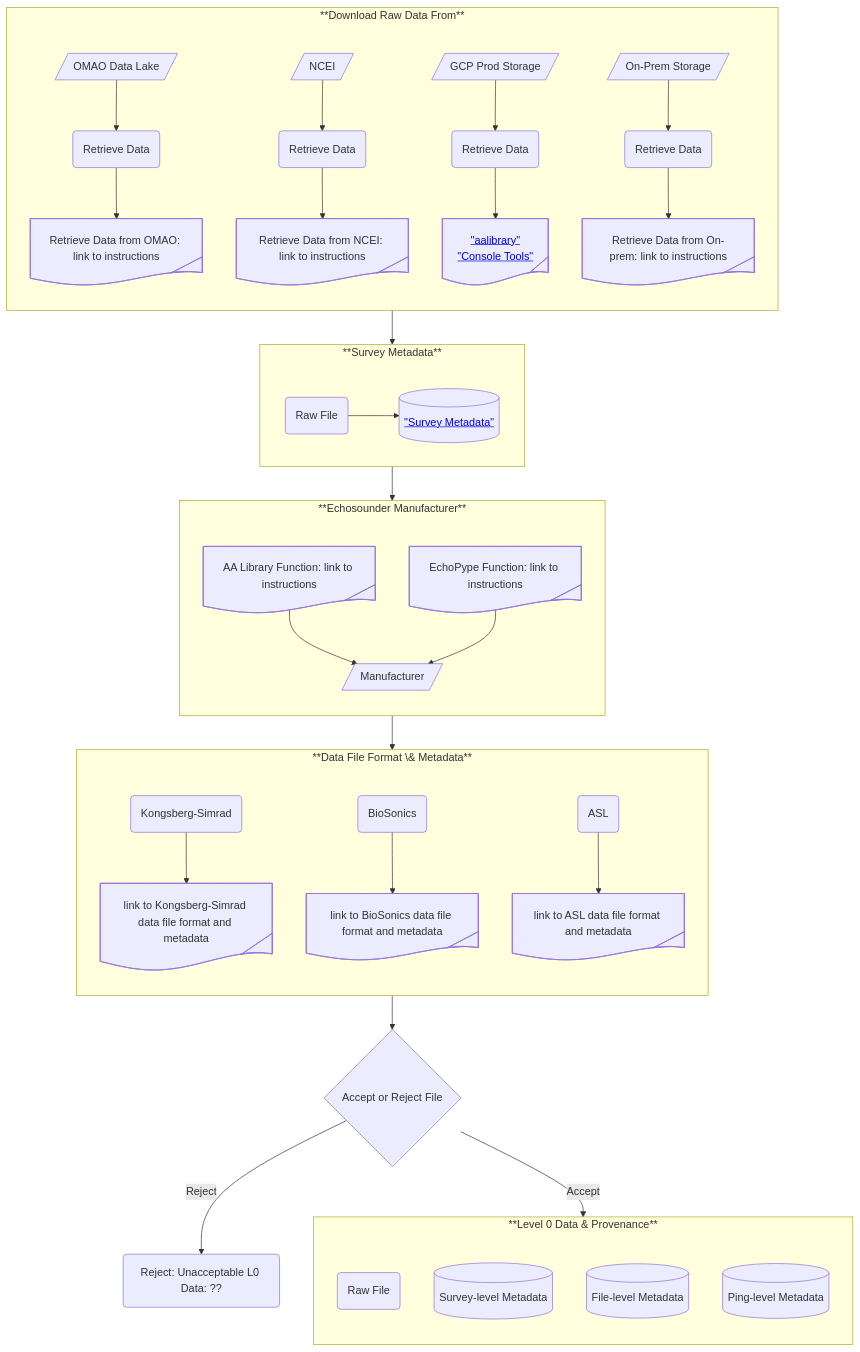
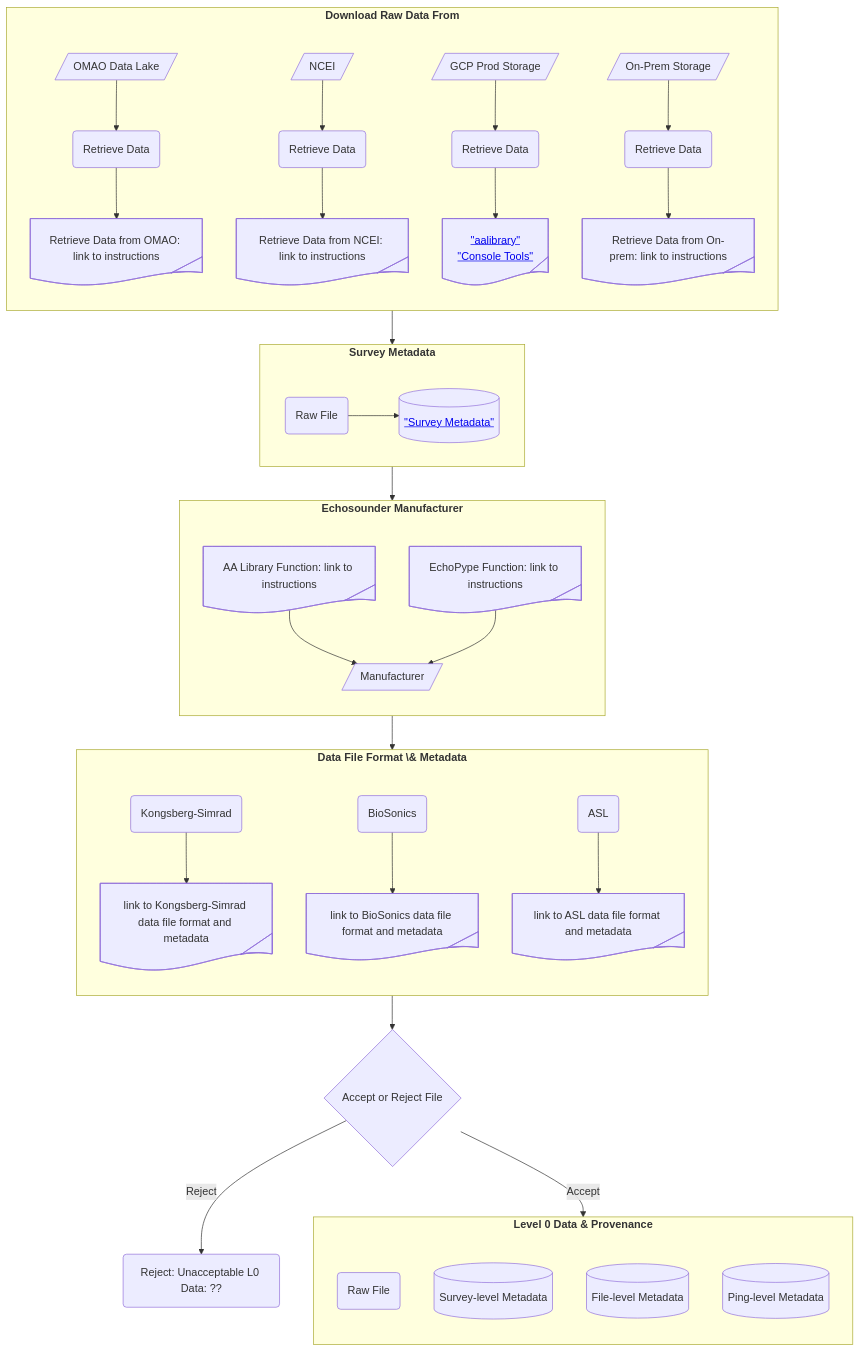
The second of 6 diagrams in README.md (nmfs-ost/AA-SI_DataRoadMap), drawn with Mermaid before and after one commit. The commit also changed other lines of this file, not shown here.

````diff
--- a/README.md
+++ b/README.md
@@ -99,45 +99,45 @@
 ```mermaid
 ---
 config:
     flowchart:
         subGraphTitleMargin:
             "bottom": 30
 ---
 flowchart TB
-    subgraph SG_L0_DataSource["**Download Raw Data From**"]
+    subgraph SG_L0_DataSource["<b>Download Raw Data From</b>"]
         direction TB
         node_L0_SrcOMAO@{shape: lean-r, label: "OMAO Data Lake"} --> node_L0_RTROMAO@{ shape: rounded, label: "Retrieve Data" } --> node_L0_OMAO@{ shape: tag-doc, label: "Retrieve Data from OMAO: link to instructions" }
         node_L0_SrcNCEI@{shape: lean-r, label: "NCEI"} --> node_L0_RTRNCEI@{ shape: rounded, label: "Retrieve Data" } --> node_L0_NCEI@{ shape: tag-doc, label: "Retrieve Data from NCEI: link to instructions" }
         node_L0_SrcGCP@{shape: lean-r, label: "GCP Prod Storage"} --> node_L0_RTRGCP@{ shape: rounded, label: "Retrieve Data" } --> node_L0_GCP@{ shape: tag-doc, label: <a href="https://nmfs-ost.github.io/AA-SI_aalibrary/documentation/aalibrary" target="_blank"> "aalibrary"</a><br> <a href="https://github.com/nmfs-ost/AA-SI_ConsoleTools" target="_blank"> "Console Tools" </a> }
         node_L0_SrcOP@{shape: lean-r, label: "On-Prem Storage"} --> node_L0_RTROP@{ shape: rounded, label: "Retrieve Data" } --> node_L0_OP@{ shape: tag-doc, label: "Retrieve Data from On-prem: link to instructions" }
         %%style node_SrcOMAO color:blue
     end
-    subgraph SG_L0_SurveyMetaData["**Survey Metadata**"]
+    subgraph SG_L0_SurveyMetaData["<b>Survey Metadata</b>"]
         direction LR
         node_L0_RF@{ shape: rounded, label: "Raw File" } --> node_L0_SMD@{ shape: database, label: <a href="https://console.cloud.google.com/bigquery?referrer=search&hl=en&invt=AbuwBQ&project=ggn-nmfs-aa-prod-1&rapt=AEjHL4OlTXzJnY9sYCgfXyE2O-JiDhka0a7L5x-wbqt9b1oGX4FYsSypa0yHTreTWIObb16IvbSrulruSRbU7J1RMJ_6Aw5owoIpWqU-wEbjaa8NZEvOt7A&ws=!1m6!1m5!4m3!1sggn-nmfs-aa-prod-1!2smetadata!3saalibrary_survey!23sTREE_NODE_SELECTION" target="_blank"> "Survey Metadata" </a> }
     end
-    subgraph SG_L0_ESManufacturer["**Echosounder Manufacturer**"]
+    subgraph SG_L0_ESManufacturer["<b>Echosounder Manufacturer</b>"]
         direction TB
         node_L0_AL1@{shape: tag-doc, label: "AA Library Function: link to instructions"} --> node_L0_Man@{ shape: lean-r, label: "Manufacturer" }
         node_L0_AL2@{shape: tag-doc, label: "EchoPype Function: link to instructions"} --> node_L0_Man
     end
-    subgraph SG_L0_ESMetaData["**Data File Format \& Metadata**"]
+    subgraph SG_L0_ESMetaData["<b>Data File Format \& Metadata</b>"]
         direction TB
         node_L0_KS@{ shape: rounded, label: "Kongsberg-Simrad" } --> node_L0_KSMD@{ shape: tag-doc, label: "link to Kongsberg-Simrad data file format and metadata" }
         node_L0_BS@{ shape: rounded, label: "BioSonics" } --> node_L0_BSMD@{ shape: tag-doc, label: "link to BioSonics data file format and metadata" }
         node_L0_ASL@{ shape: rounded, label: "ASL" } --> node_L0_ASLMD@{ shape: tag-doc, label: "link to ASL data file format and metadata" }
     end
-    subgraph SG_L0_Data["**Level 0 Data & Provenance**"]
+    subgraph SG_L0_Data["<b>Level 0 Data & Provenance</b>"]
         direction TB
         node_L0_RD@{ shape: rounded, label: "Raw File" }
         node_L0_SLMD@{ shape: database, label: "Survey-level Metadata" }
         node_L0_FLMD@{ shape: database, label: "File-level Metadata" }
         node_L0_PLMD@{ shape: database, label: "Ping-level Metadata" }
     end
     SG_L0_DataSource --> SG_L0_SurveyMetaData
     SG_L0_SurveyMetaData --> SG_L0_ESManufacturer
     SG_L0_ESManufacturer --> SG_L0_ESMetaData
     SG_L0_ESMetaData --> node_AcceptReject@{ shape: diamond, label: "Accept or Reject File" }
     node_AcceptReject --> |Accept| SG_L0_Data
     node_AcceptReject --> |Reject| node_Reject_L0@{ shape: rounded, label: "Reject: Unacceptable L0 Data: ??" }
 ```
````
